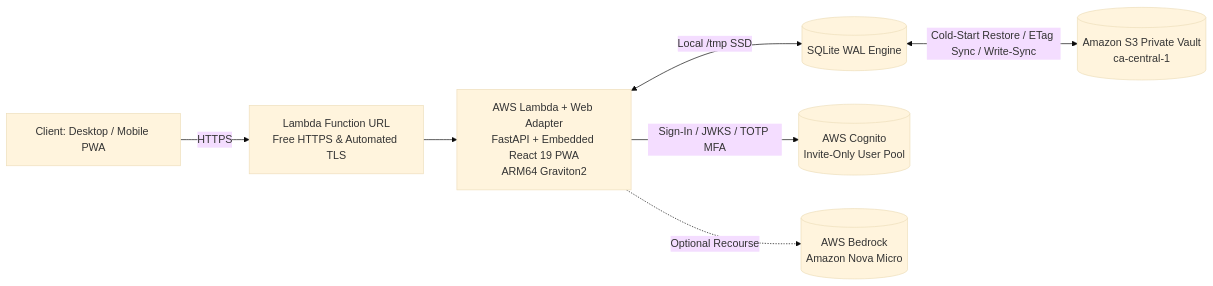
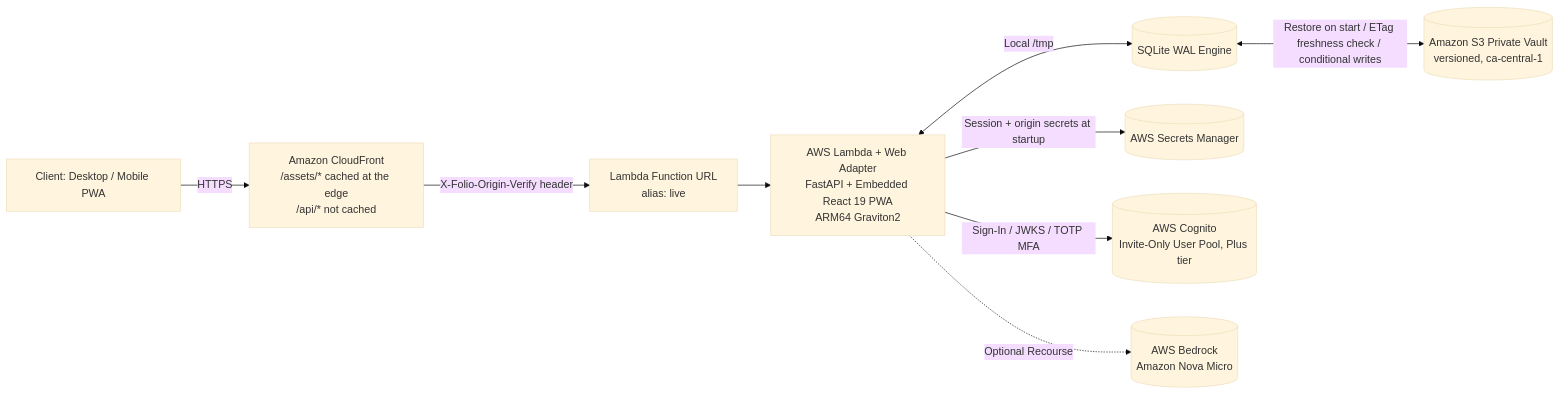
Before and after one commit to michaelsanford/Folio: the second of 2 diagrams in README.md, drawn with Mermaid (base theme). The commit also changed other lines of this file, not shown here.

First line of the commit message:
docs(readme): document CloudFront deployment, sync model, runbooks and limits

````diff
--- a/README.md
+++ b/README.md
@@ -212,9 +227,11 @@
 ```mermaid
 flowchart LR
-    User[Client: Desktop / Mobile PWA] -->|HTTPS| FURL[Lambda Function URL<br/>Free HTTPS & Automated TLS]
+    User[Client: Desktop / Mobile PWA] -->|HTTPS| CF[Amazon CloudFront<br/>/assets/* cached at the edge<br/>/api/* not cached]
+    CF -->|X-Folio-Origin-Verify header| FURL[Lambda Function URL<br/>alias: live]
     FURL --> LWA[AWS Lambda + Web Adapter<br/>FastAPI + Embedded React 19 PWA<br/>ARM64 Graviton2]
-    LWA <-->|Local /tmp SSD| DB[(SQLite WAL Engine)]
-    DB <-->|Cold-Start Restore / ETag Sync / Write-Sync| S3[(Amazon S3 Private Vault<br/>ca-central-1)]
-    LWA -->|Sign-In / JWKS / TOTP MFA| COG[(AWS Cognito<br/>Invite-Only User Pool)]
+    LWA <-->|Local /tmp| DB[(SQLite WAL Engine)]
+    DB <-->|Restore on start / ETag freshness check / conditional writes| S3[(Amazon S3 Private Vault<br/>versioned, ca-central-1)]
+    LWA -->|Session + origin secrets at startup| SM[(AWS Secrets Manager)]
+    LWA -->|Sign-In / JWKS / TOTP MFA| COG[(AWS Cognito<br/>Invite-Only User Pool, Plus tier)]
     LWA -.->|Optional Recourse| BR[(AWS Bedrock<br/>Amazon Nova Micro)]
 ```
````
